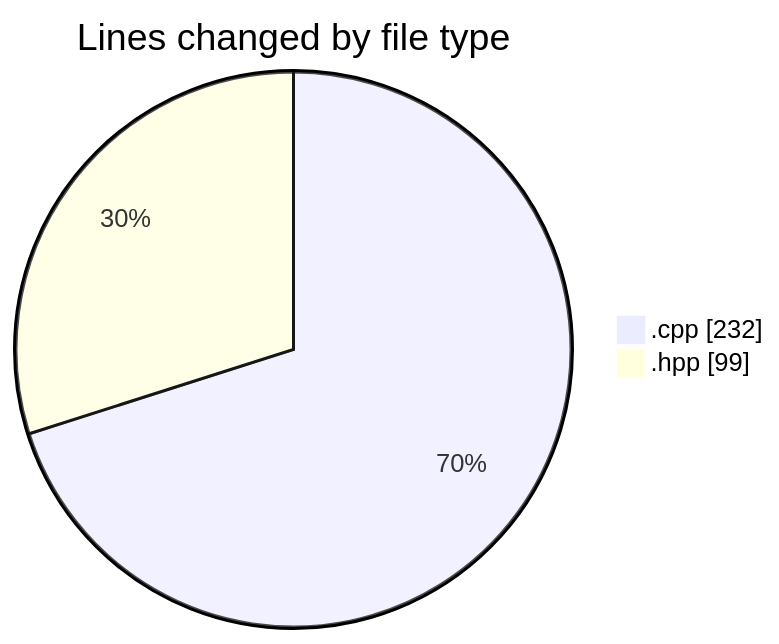
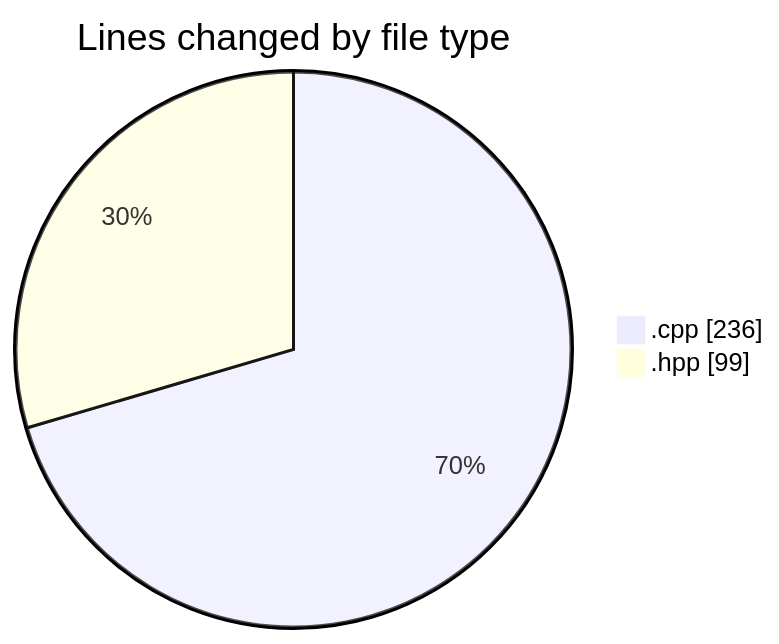
Before and after one commit to Netris89/code-tracking: the first of 2 diagrams in 2025-04-25/echo/README.md, drawn with Mermaid. The commit also changed other lines of this file and 1 other file, not shown here.

````diff
--- a/2025-04-25/echo/README.md
+++ b/2025-04-25/echo/README.md
@@ -21,6 +21,6 @@
 ```mermaid
 pie showData
 title Lines changed by file type
-".cpp" : 232
+".cpp" : 236
 ".hpp" : 99
 ```
````
